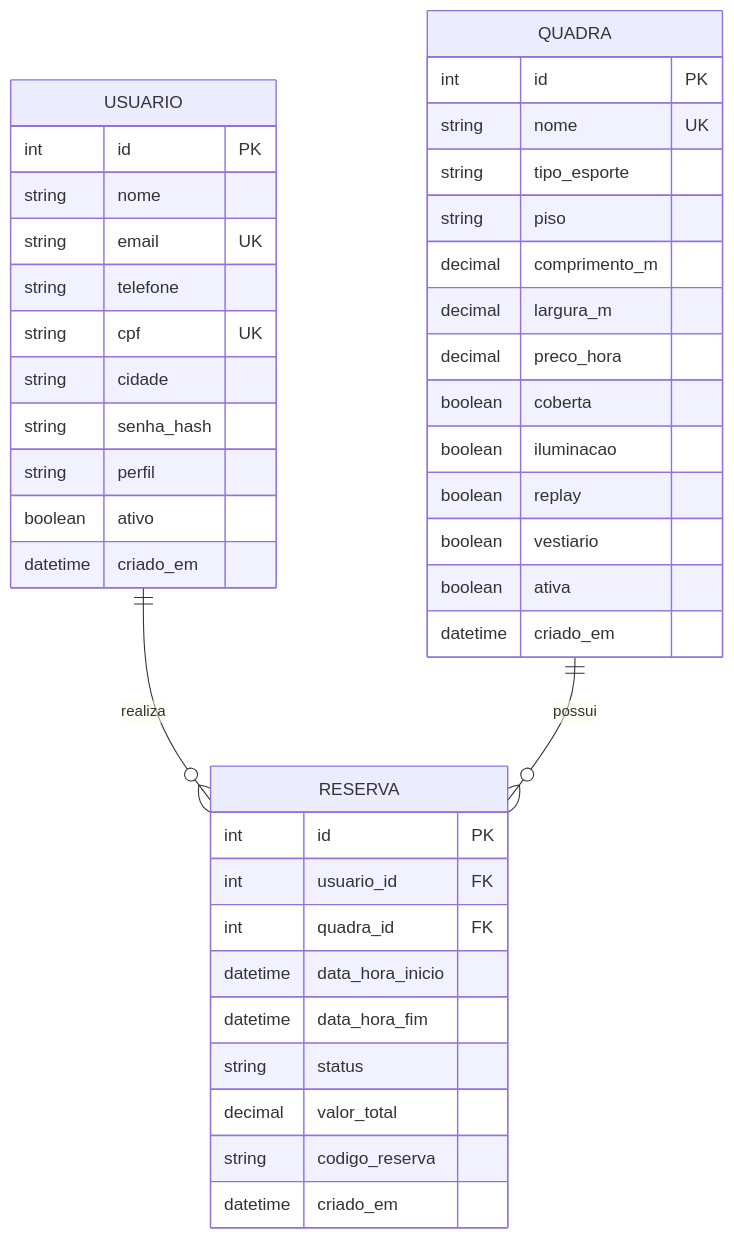
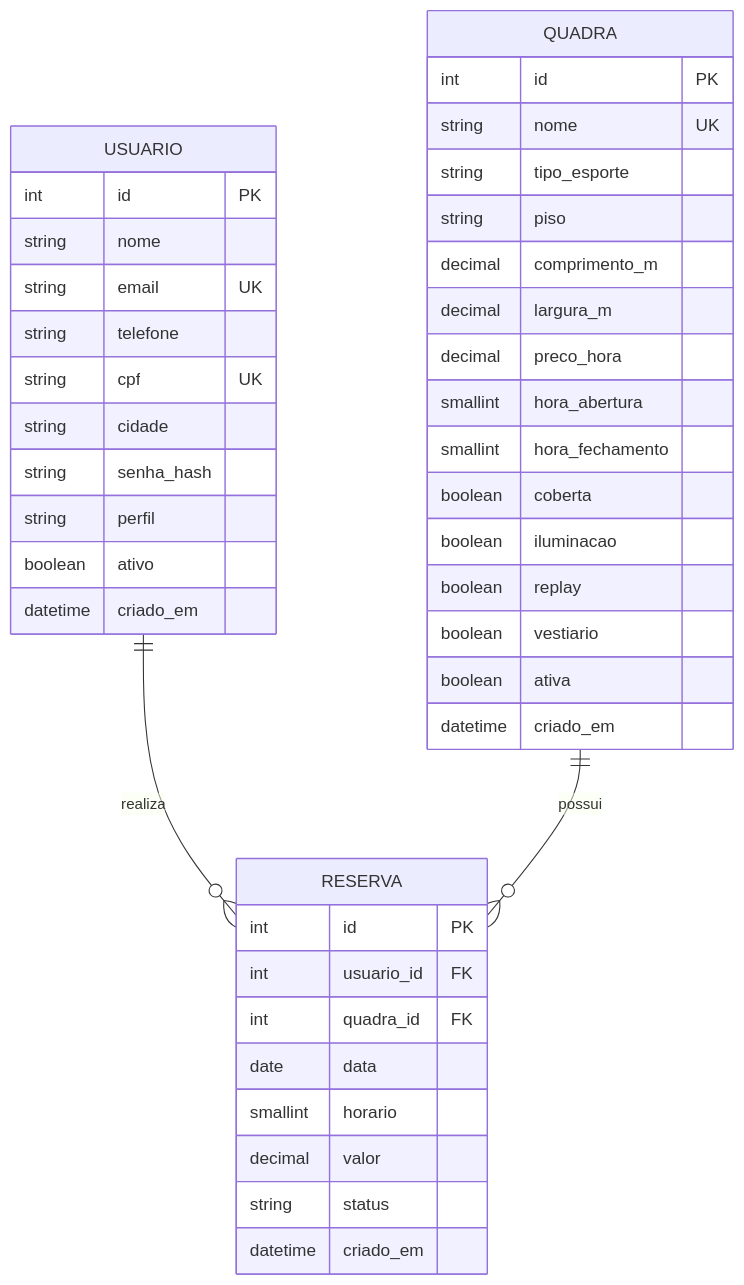
One commit to gutibrk74/LabEngSoftware changed the diagram in Atv_grupo_1/documents/DER.md. Above: the diagram before and after it, drawn with Mermaid.

Commit message:
Update DER.md with new fields for QUADRA and RESERVA

````diff
--- a/Atv_grupo_1/documents/DER.md
+++ b/Atv_grupo_1/documents/DER.md
@@ -1,46 +1,47 @@
 ```mermaid  
 erDiagram
     USUARIO {
         int id PK
         string nome
         string email UK
         string telefone
         string cpf UK
         string cidade
         string senha_hash
         string perfil
         boolean ativo
         datetime criado_em
     }
-    
+
     QUADRA {
         int id PK
         string nome UK
         string tipo_esporte
         string piso
         decimal comprimento_m
         decimal largura_m
         decimal preco_hora
+        smallint hora_abertura
+        smallint hora_fechamento
         boolean coberta
         boolean iluminacao
         boolean replay
         boolean vestiario
         boolean ativa
         datetime criado_em
     }
-    
+
     RESERVA {
         int id PK
         int usuario_id FK
         int quadra_id FK
-        datetime data_hora_inicio
-        datetime data_hora_fim
+        date data
+        smallint horario
+        decimal valor
         string status
-        decimal valor_total
-        string codigo_reserva
         datetime criado_em
     }
 
     USUARIO ||--o{ RESERVA : "realiza"
     QUADRA ||--o{ RESERVA : "possui"
 ```
````
